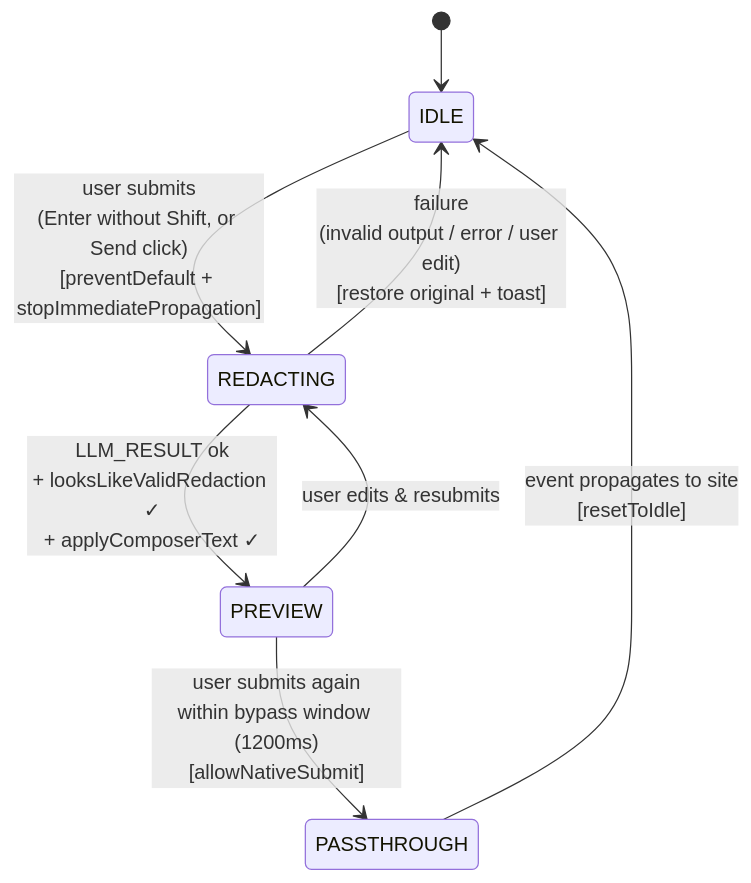
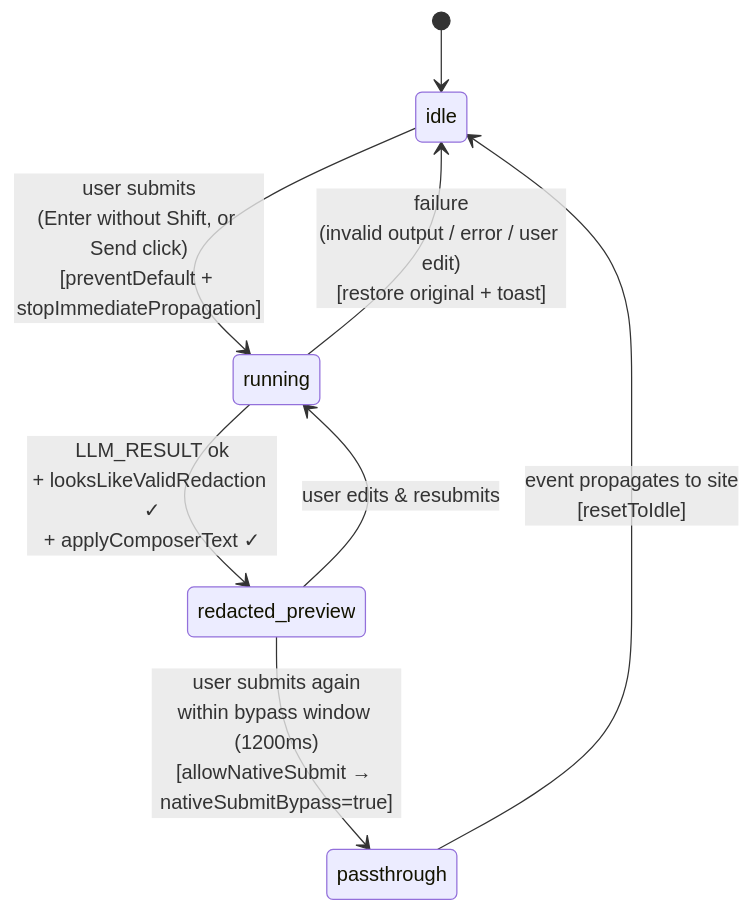
The third of 5 diagrams in docs/ARCHITECTURE.md (Team-AER/PromptMask), drawn with Mermaid before and after one commit. The commit also changed other lines of this file and 5 other files, not shown here.

````diff
--- a/docs/ARCHITECTURE.md
+++ b/docs/ARCHITECTURE.md
@@ -134,16 +134,16 @@
 ```mermaid
 stateDiagram-v2
-    [*] --> IDLE
+    [*] --> idle
 
-    IDLE --> REDACTING: user submits<br/>(Enter without Shift, or Send click)<br/>[preventDefault + stopImmediatePropagation]
+    idle --> running: user submits<br/>(Enter without Shift, or Send click)<br/>[preventDefault + stopImmediatePropagation]
 
-    REDACTING --> PREVIEW: LLM_RESULT ok<br/>+ looksLikeValidRedaction ✓<br/>+ applyComposerText ✓
+    running --> redacted_preview: LLM_RESULT ok<br/>+ looksLikeValidRedaction ✓<br/>+ applyComposerText ✓
 
-    REDACTING --> IDLE: failure<br/>(invalid output / error / user edit)<br/>[restore original + toast]
+    running --> idle: failure<br/>(invalid output / error / user edit)<br/>[restore original + toast]
 
-    PREVIEW --> PASSTHROUGH: user submits again<br/>within bypass window (1200ms)<br/>[allowNativeSubmit]
+    redacted_preview --> passthrough: user submits again<br/>within bypass window (1200ms)<br/>[allowNativeSubmit → nativeSubmitBypass=true]
 
-    PREVIEW --> REDACTING: user edits & resubmits
+    redacted_preview --> running: user edits & resubmits
 
-    PASSTHROUGH --> IDLE: event propagates to site<br/>[resetToIdle]
+    passthrough --> idle: event propagates to site<br/>[resetToIdle]
 ```
````
